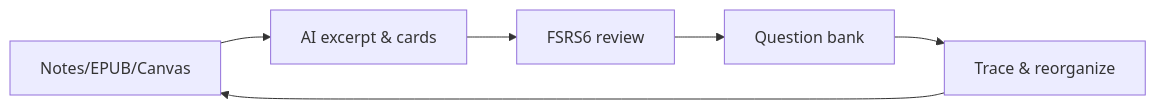
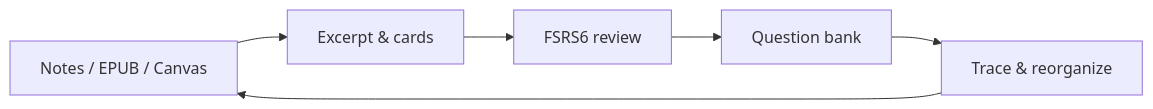
One commit to zhuzhige123/obsidian---Tuanki changed the second of 2 diagrams in README.md. Above: the diagram before and after it, drawn with Mermaid. The commit also changed other lines of this file and 1 other file, not shown here.

Commit message:
docs: align README with EPUB reader style and fix image markup

````diff
--- a/README.md
+++ b/README.md
@@ -76,8 +213,8 @@
 ```mermaid
 flowchart LR
-  A[Notes/EPUB/Canvas] --> B[AI excerpt & cards]
+  A[Notes / EPUB / Canvas] --> B[Excerpt & cards]
   B --> C[FSRS6 review]
   C --> D[Question bank]
   D --> E[Trace & reorganize]
   E --> A
 ```
````
